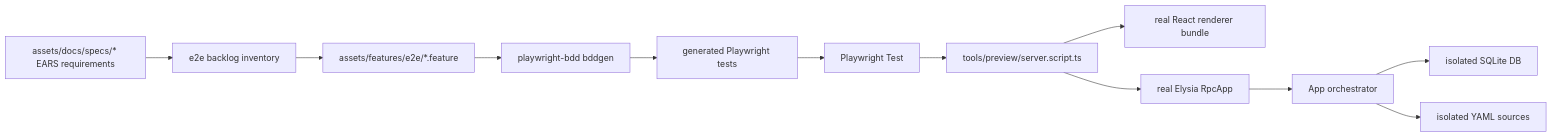
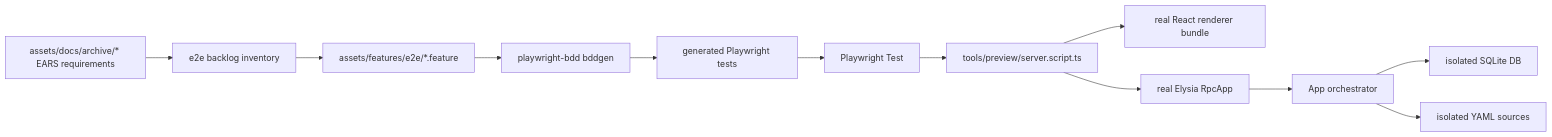
Before and after one commit to roalcantara/kodexb: the diagram in assets/docs/archive/018-e2e/design.md, drawn with Mermaid. The commit also changed 95 other files, not shown here.

````diff
--- a/assets/docs/archive/018-e2e/design.md
+++ b/assets/docs/archive/018-e2e/design.md
@@ -115,14 +115,14 @@
 ```mermaid
 flowchart LR
-  specs["assets/docs/specs/* EARS requirements"] --> backlog["e2e backlog inventory"]
+  specs["assets/docs/archive/* EARS requirements"] --> backlog["e2e backlog inventory"]
   backlog --> features["assets/features/e2e/*.feature"]
   features --> bddgen["playwright-bdd bddgen"]
   bddgen --> generated["generated Playwright tests"]
   generated --> runner["Playwright Test"]
   runner --> preview["tools/preview/server.script.ts"]
   preview --> renderer["real React renderer bundle"]
   preview --> rpc["real Elysia RpcApp"]
   rpc --> app["App orchestrator"]
   app --> db["isolated SQLite DB"]
   app --> sources["isolated YAML sources"]
 ```
````
